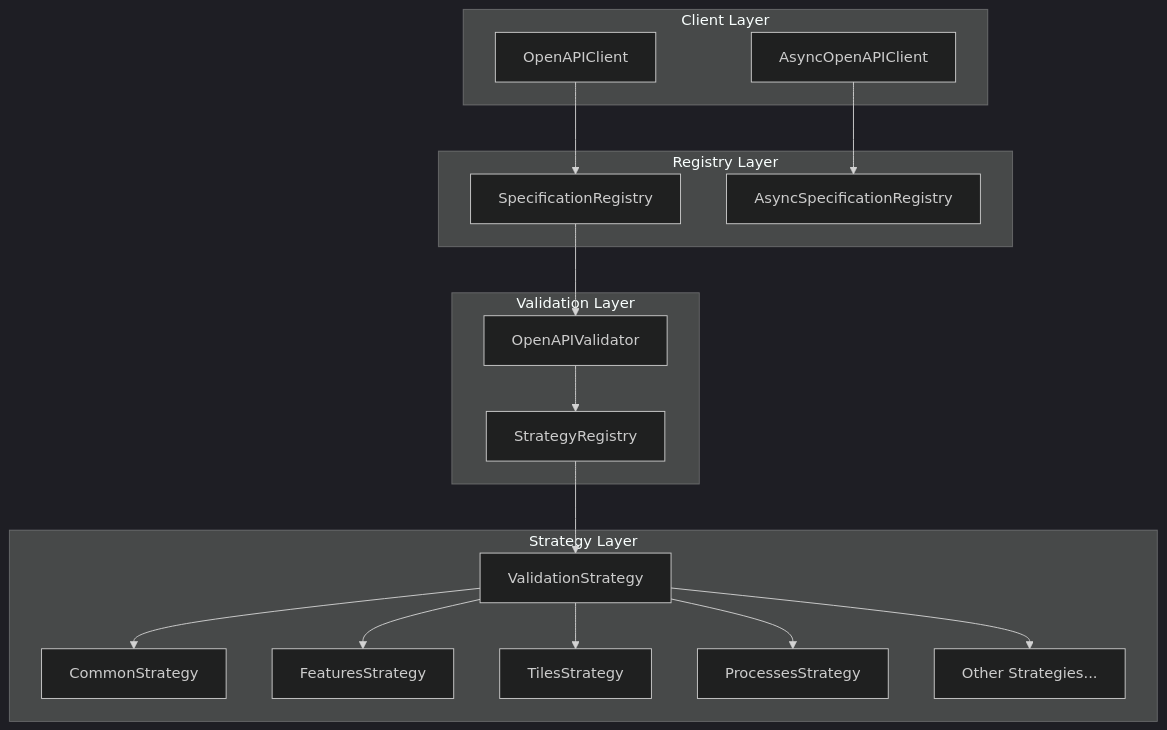
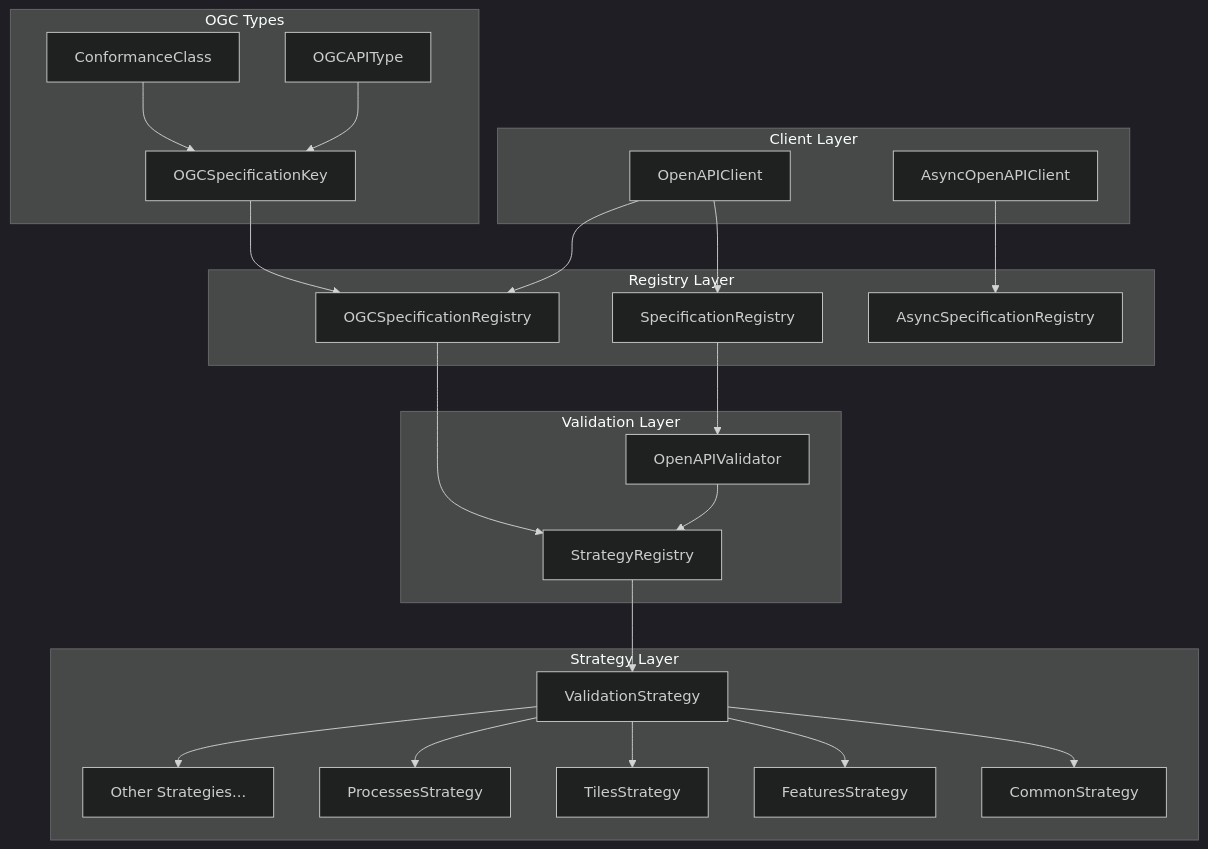
The first of 8 diagrams in docs/architecture.md (francbartoli/ogcapi-registry), drawn with Mermaid (dark theme) before and after one commit. The commit also changed other lines of this file and 7 other files, not shown here.

First line of the commit message:
feat: Add OGC API version-aware validation with OGCSpecificationRegistry

````diff
--- a/docs/architecture.md
+++ b/docs/architecture.md
@@ -14,37 +14,49 @@
 ```mermaid
 graph TB
     subgraph "Client Layer"
         OC[OpenAPIClient]
         AOC[AsyncOpenAPIClient]
     end
 
     subgraph "Registry Layer"
         SR[SpecificationRegistry]
         ASR[AsyncSpecificationRegistry]
+        OGCR[OGCSpecificationRegistry]
     end
 
     subgraph "Validation Layer"
         STR[StrategyRegistry]
         OV[OpenAPIValidator]
     end
 
     subgraph "Strategy Layer"
         VS[ValidationStrategy]
         CS[CommonStrategy]
         FS[FeaturesStrategy]
         TS[TilesStrategy]
         PS[ProcessesStrategy]
         OS[Other Strategies...]
     end
 
+    subgraph "OGC Types"
+        SK[OGCSpecificationKey]
+        CC[ConformanceClass]
+        AT[OGCAPIType]
+    end
+
     OC --> SR
+    OC --> OGCR
     AOC --> ASR
     SR --> OV
+    OGCR --> STR
     STR --> VS
     VS --> CS
     VS --> FS
     VS --> TS
     VS --> PS
     VS --> OS
     OV --> STR
+    CC --> SK
+    SK --> OGCR
+    AT --> SK
 ```
````
